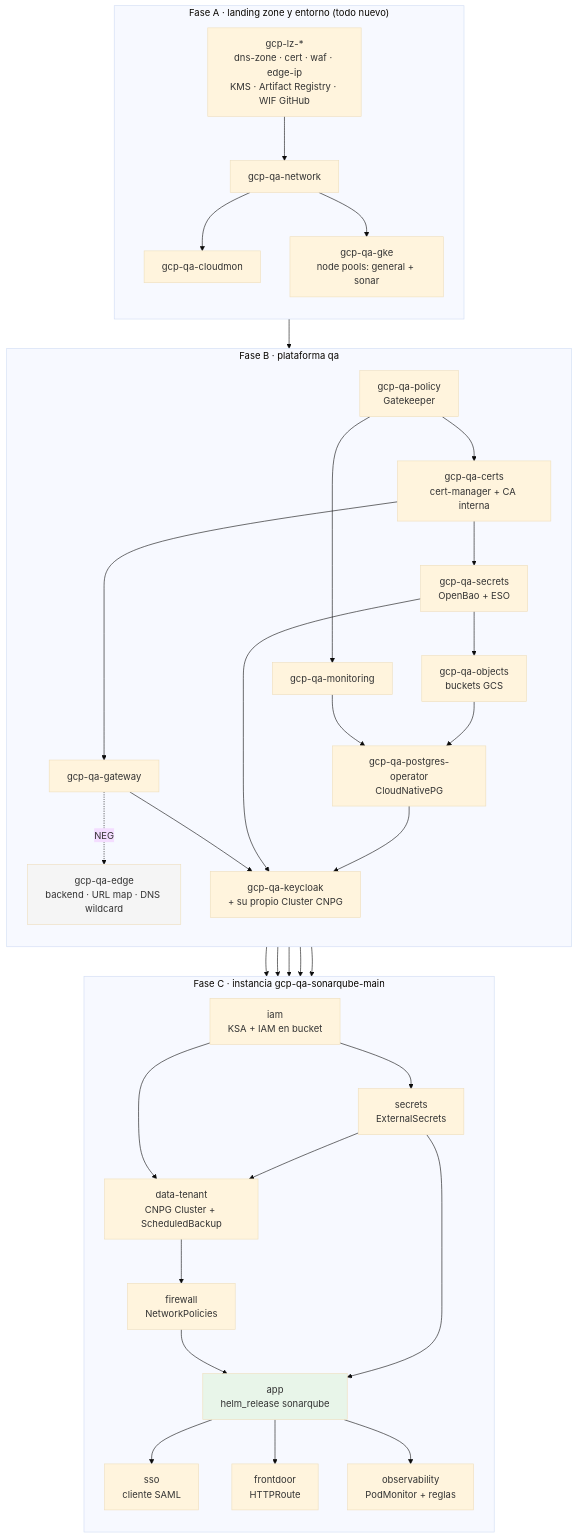
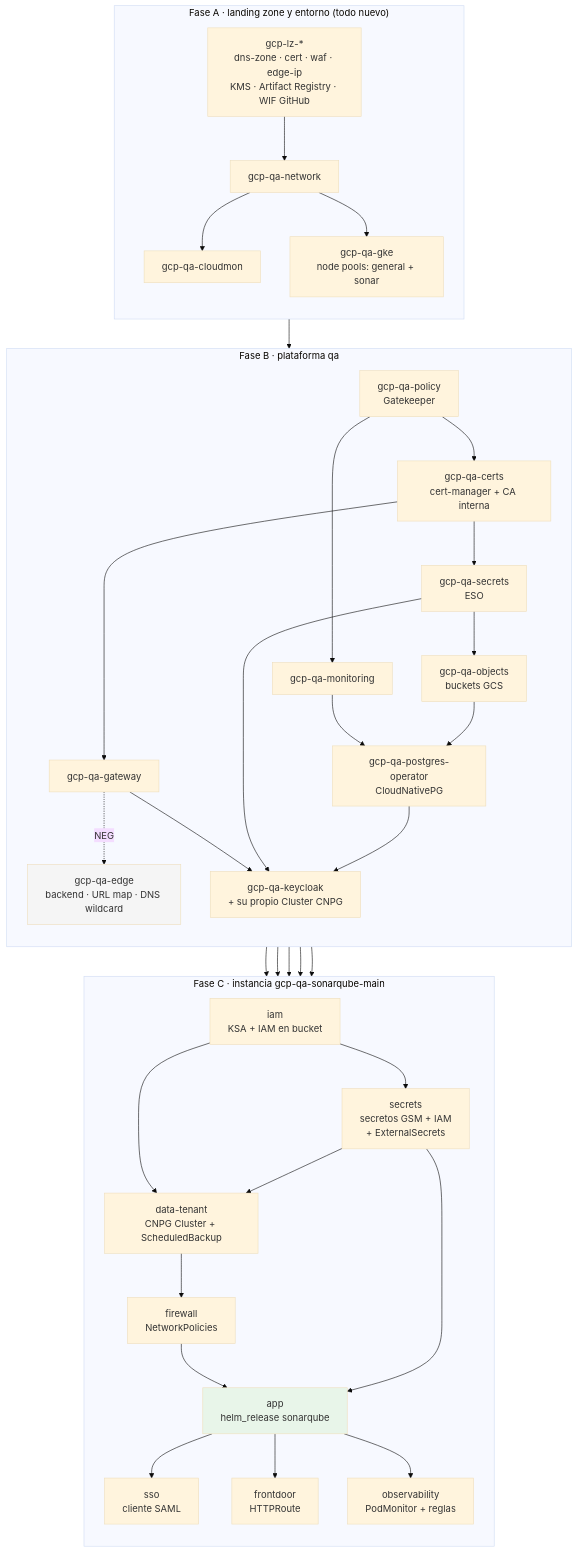
Before and after one commit to aescanero/proposal_documents: the diagram in docs/proposals/sonarqube-qa/diagrams/03-orden-despliegue.mmd, drawn with Mermaid (base theme). The commit also changed 8 other files, not shown here.

First line of the commit message:
SonarQube qa proposal: secrets in GCP Secret Manager, drop OpenBao from qa

```diff
--- a/docs/proposals/sonarqube-qa/diagrams/03-orden-despliegue.mmd
+++ b/docs/proposals/sonarqube-qa/diagrams/03-orden-despliegue.mmd
@@ -1,45 +1,45 @@
 flowchart TD
     subgraph Z["Fase A · landing zone y entorno (todo nuevo)"]
         direction TB
         LZ["gcp-lz-*<br/>dns-zone · cert · waf · edge-ip<br/>KMS · Artifact Registry · WIF GitHub"] --> N["gcp-qa-network"]
         N --> CM["gcp-qa-cloudmon"]
         N --> C["gcp-qa-gke<br/>node pools: general + sonar"]
     end
 
     subgraph P["Fase B · plataforma qa"]
         direction TB
         C --> PO["gcp-qa-policy<br/>Gatekeeper"]
         PO --> CE["gcp-qa-certs<br/>cert-manager + CA interna"]
         PO --> M["gcp-qa-monitoring"]
-        CE --> S1["gcp-qa-secrets<br/>OpenBao + ESO"]
+        CE --> S1["gcp-qa-secrets<br/>ESO"]
         CE --> GW["gcp-qa-gateway"]
         GW -. "NEG" .-> ED["gcp-qa-edge<br/>backend · URL map · DNS wildcard"]
         S1 --> OB["gcp-qa-objects<br/>buckets GCS"]
         OB --> DB["gcp-qa-postgres-operator<br/>CloudNativePG"]
         M --> DB
         DB --> KC["gcp-qa-keycloak<br/>+ su propio Cluster CNPG"]
         S1 --> KC
         GW --> KC
     end
 
     subgraph I["Fase C · instancia gcp-qa-sonarqube-main"]
         direction TB
-        IAM["iam<br/>KSA + IAM en bucket"] --> SEC["secrets<br/>ExternalSecrets"]
+        IAM["iam<br/>KSA + IAM en bucket"] --> SEC["secrets<br/>secretos GSM + IAM<br/>+ ExternalSecrets"]
         IAM --> DATA["data-tenant<br/>CNPG Cluster + ScheduledBackup"]
         SEC --> DATA
         DATA --> FW["firewall<br/>NetworkPolicies"]
         FW --> APP["app<br/>helm_release sonarqube"]
         SEC --> APP
         APP --> SSO["sso<br/>cliente SAML"]
         APP --> FD["frontdoor<br/>HTTPRoute"]
         APP --> OBS["observability<br/>PodMonitor + reglas"]
     end
 
     S1 --> SEC
     DB --> DATA
     KC --> SSO
     GW --> FD
     M --> OBS
 
     style ED fill:#f5f5f5
     style APP fill:#e8f5e9
```
